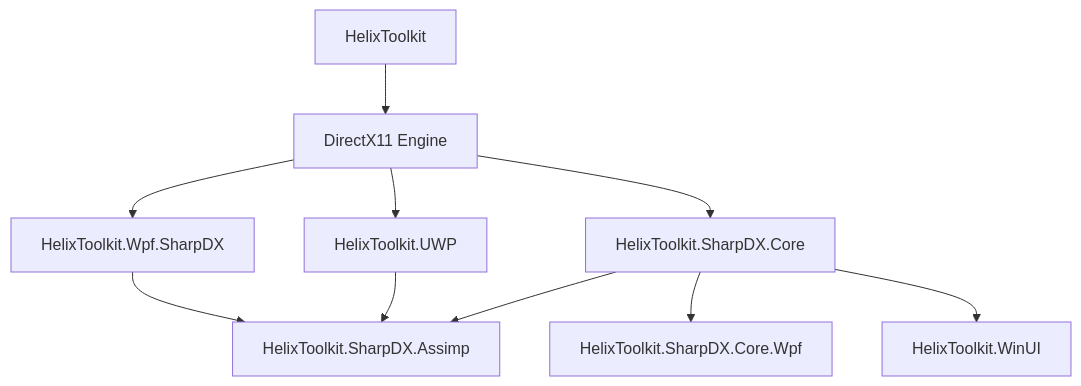
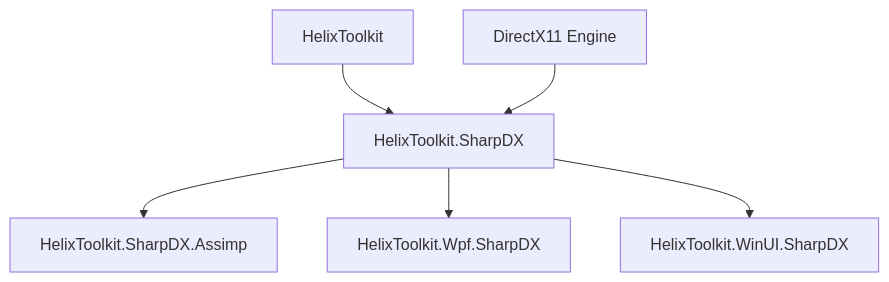
Before and after one commit to helix-toolkit/helix-toolkit: the second of 2 diagrams in README.md, drawn with Mermaid. The commit also changed other lines of this file and 5 other files, not shown here.

````diff
--- a/README.md
+++ b/README.md
@@ -83,12 +71,8 @@
 ```mermaid
 graph TD
-    hx[HelixToolkit] --> dx11[DirectX11 Engine]    
-    dx11 --> hxSharpDX[HelixToolkit.Wpf.SharpDX]
-    dx11 --> hxUWP[HelixToolkit.UWP]
-    dx11 --> hxCore[HelixToolkit.SharpDX.Core]
-    hxCore --> hxWinUI[HelixToolkit.SharpDX.Core.Wpf]
-    hxCore --> hxSharpDXCoreWpf[HelixToolkit.WinUI]
-    hxSharpDX --> hxAssimp[HelixToolkit.SharpDX.Assimp]
-    hxUWP --> hxAssimp
-    hxCore --> hxAssimp
+    hx[HelixToolkit] --> hxdx[HelixToolkit.SharpDX]
+    dx11[DirectX11 Engine] --> hxdx
+    hxdx --> hxAssimp[HelixToolkit.SharpDX.Assimp]
+    hxdx --> hxWpf[HelixToolkit.Wpf.SharpDX]
+    hxdx --> hxWinUI[HelixToolkit.WinUI.SharpDX]
 ```
````
